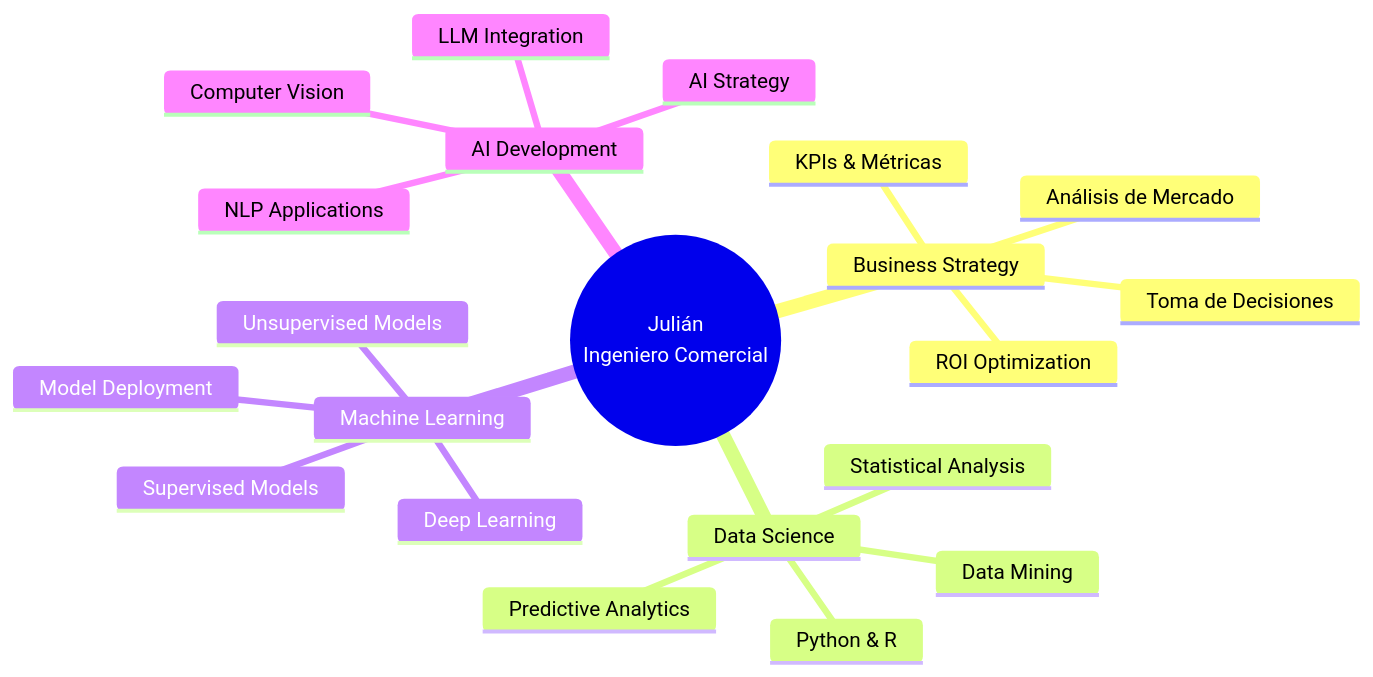
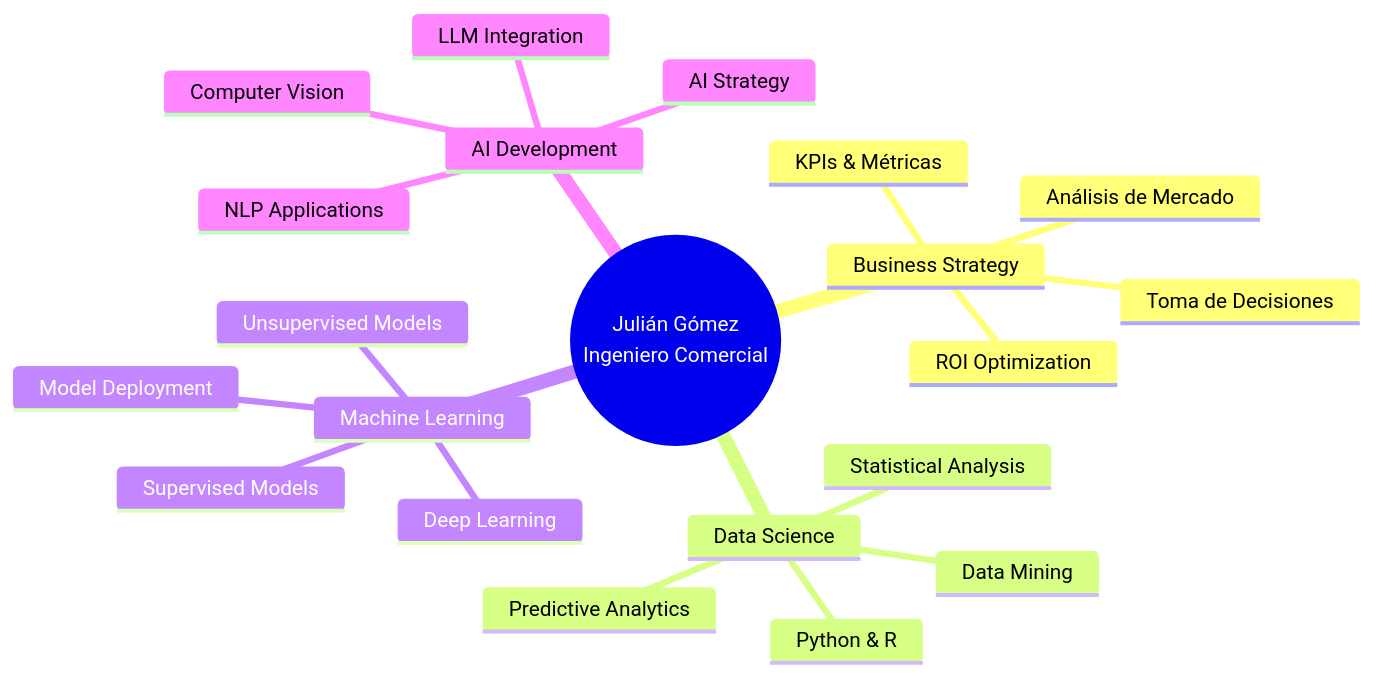
One commit to DonJulianCode/DonJulianCode changed the diagram in README.md. Above: the diagram before and after it, drawn with Mermaid. The commit also changed other lines of this file, not shown here.

````diff
--- a/README.md
+++ b/README.md
@@ -156,24 +157,24 @@
 ```mermaid
 mindmap
-  root((Julián<br/>Ingeniero Comercial))
+  root((Julián Gómez<br/>Ingeniero Comercial))
     Business Strategy
       Análisis de Mercado
       Toma de Decisiones
       KPIs & Métricas
       ROI Optimization
     Data Science
       Python & R
       Statistical Analysis
       Data Mining
       Predictive Analytics
     Machine Learning
       Supervised Models
       Unsupervised Models
       Deep Learning
       Model Deployment
     AI Development
       NLP Applications
       Computer Vision
       LLM Integration
       AI Strategy
 ```
````
